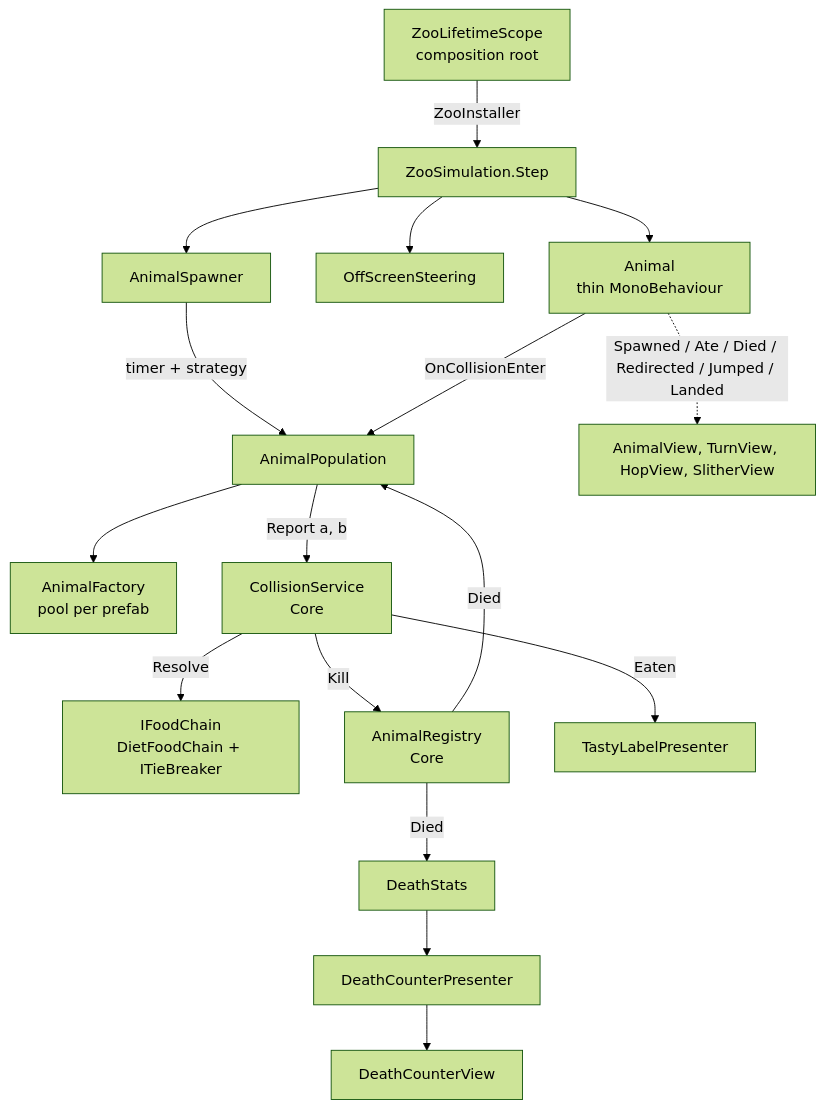
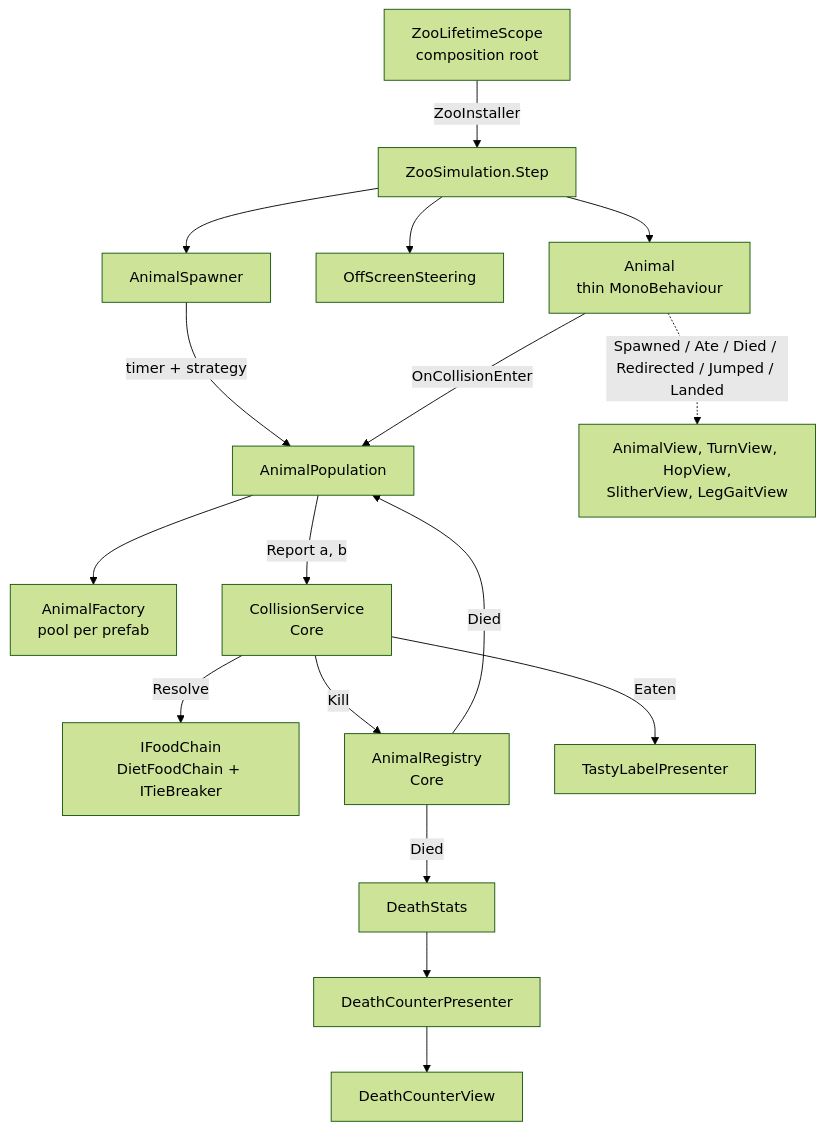
The second of 2 diagrams in README.md (honix/Zoo-World), drawn with Mermaid (forest theme) before and after one commit. The commit also changed other lines of this file, not shown here.

Commit message:
docs: Mention leg gait view in README

````diff
--- a/README.md
+++ b/README.md
@@ -57,17 +57,17 @@
 ```mermaid
 graph TD
     Scope[ZooLifetimeScope<br/>composition root] -->|ZooInstaller| Sim
     Sim[ZooSimulation.Step] --> Spawner[AnimalSpawner]
     Sim --> Steering[OffScreenSteering]
     Sim --> Animal
     Spawner -->|timer + strategy| Population[AnimalPopulation]
     Population --> Factory[AnimalFactory<br/>pool per prefab]
     Animal[Animal<br/>thin MonoBehaviour] -->|OnCollisionEnter| Population
     Population -->|Report a, b| Collisions[CollisionService<br/>Core]
     Collisions -->|Resolve| FoodChain[IFoodChain<br/>DietFoodChain + ITieBreaker]
     Collisions -->|Kill| Registry[AnimalRegistry<br/>Core]
     Registry -->|Died| Stats[DeathStats] --> Presenter[DeathCounterPresenter] --> View[DeathCounterView]
     Registry -->|Died| Population
     Collisions -->|Eaten| Labels[TastyLabelPresenter]
-    Animal -.->|Spawned / Ate / Died / Redirected / Jumped / Landed| Views[AnimalView, TurnView, HopView, SlitherView]
+    Animal -.->|Spawned / Ate / Died / Redirected / Jumped / Landed| Views[AnimalView, TurnView, HopView,<br/>SlitherView, LegGaitView]
 ```
````
